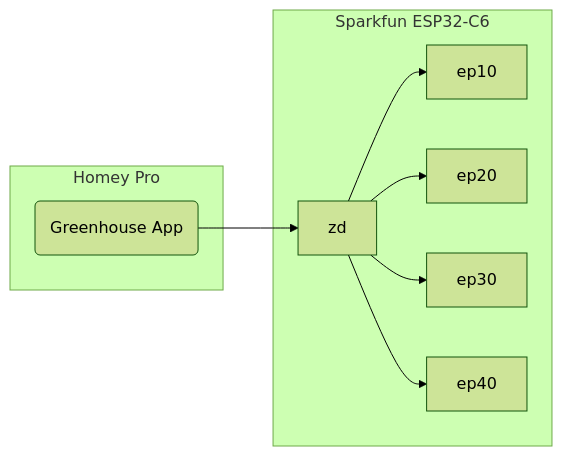
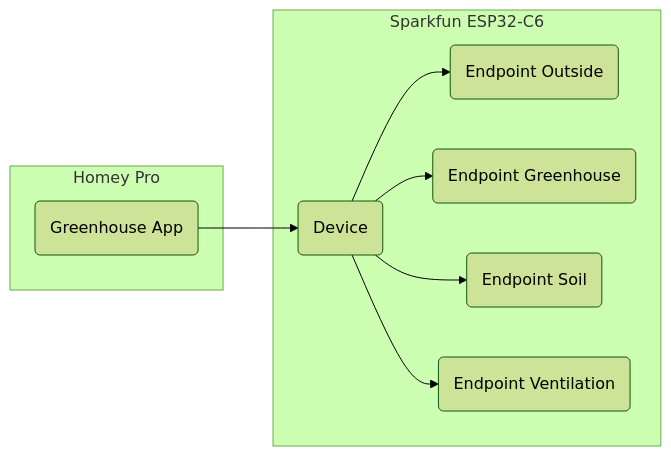
Before and after one commit to dnulnets/greenhouse: the diagram in doc/README.md, drawn with Mermaid (forest theme).

Commit message:
Updated zigbee model

````diff
--- a/doc/README.md
+++ b/doc/README.md
@@ -5,14 +5,14 @@
 ```mermaid
 flowchart LR
     subgraph Homey Pro
     app("Greenhouse App")
     end
     subgraph Sparkfun ESP32-C6
-    zd
-    zd-->ep10
-    zd-->ep20
-    zd-->ep30
-    zd-->ep40
+    zd("Device")
+    zd-->ep10("Endpoint Outside")
+    zd-->ep20("Endpoint Greenhouse")
+    zd-->ep30("Endpoint Soil")
+    zd-->ep40("Endpoint Ventilation")
     end
     app-->zd
 ```
````
